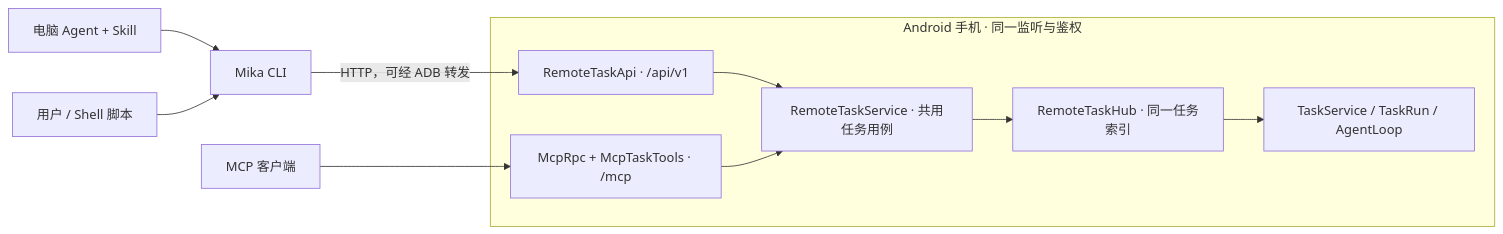
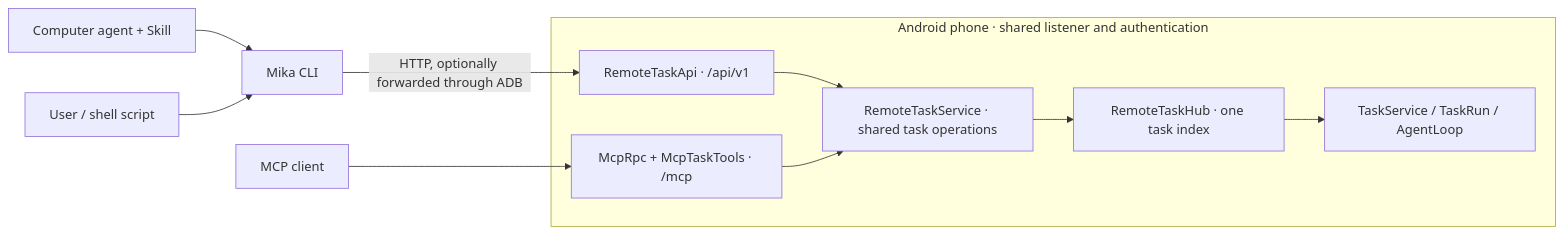
Before and after one commit to kilvz/Claire: the diagram in docs/cli.md, drawn with Mermaid. The commit also changed other lines of this file and 39 other files, not shown here.

````diff
--- a/docs/cli.md
+++ b/docs/cli.md
@@ -9,17 +7,17 @@
 ```mermaid
 flowchart LR
-    Skill["电脑 Agent + Skill"] --> CLI["Mika CLI"]
-    Shell["用户 / Shell 脚本"] --> CLI
-    Client["MCP 客户端"] --> MCP
-    subgraph Phone["Android 手机 · 同一监听与鉴权"]
+    Skill["Computer agent + Skill"] --> CLI["Mika CLI"]
+    Shell["User / shell script"] --> CLI
+    Client["MCP client"] --> MCP
+    subgraph Phone["Android phone · shared listener and authentication"]
         API["RemoteTaskApi · /api/v1"]
         MCP["McpRpc + McpTaskTools · /mcp"]
-        Shared["RemoteTaskService · 共用任务用例"]
-        Hub["RemoteTaskHub · 同一任务索引"]
+        Shared["RemoteTaskService · shared task operations"]
+        Hub["RemoteTaskHub · one task index"]
         Engine["TaskService / TaskRun / AgentLoop"]
         API --> Shared
         MCP --> Shared
         Shared --> Hub --> Engine
     end
-    CLI -->|"HTTP，可经 ADB 转发"| API
+    CLI -->|"HTTP, optionally forwarded through ADB"| API
 ```
````
